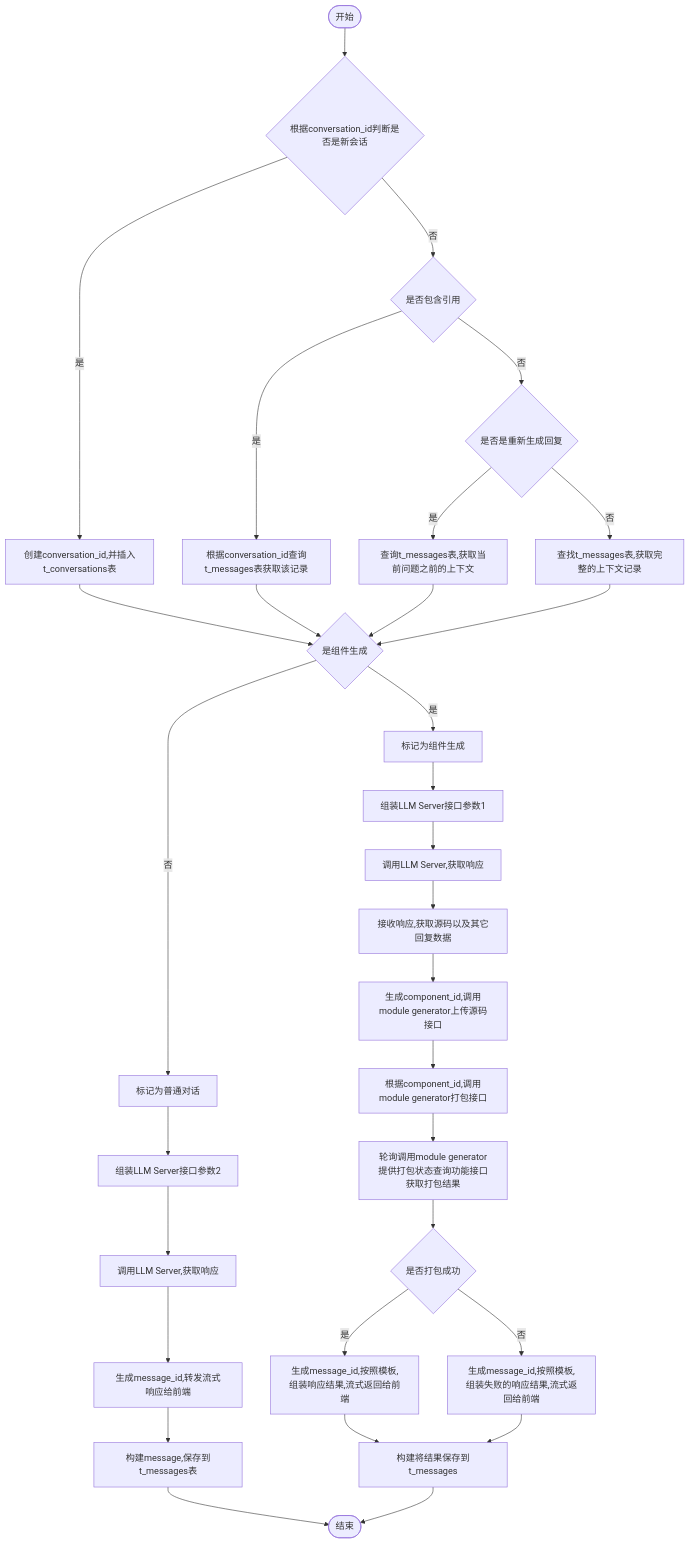
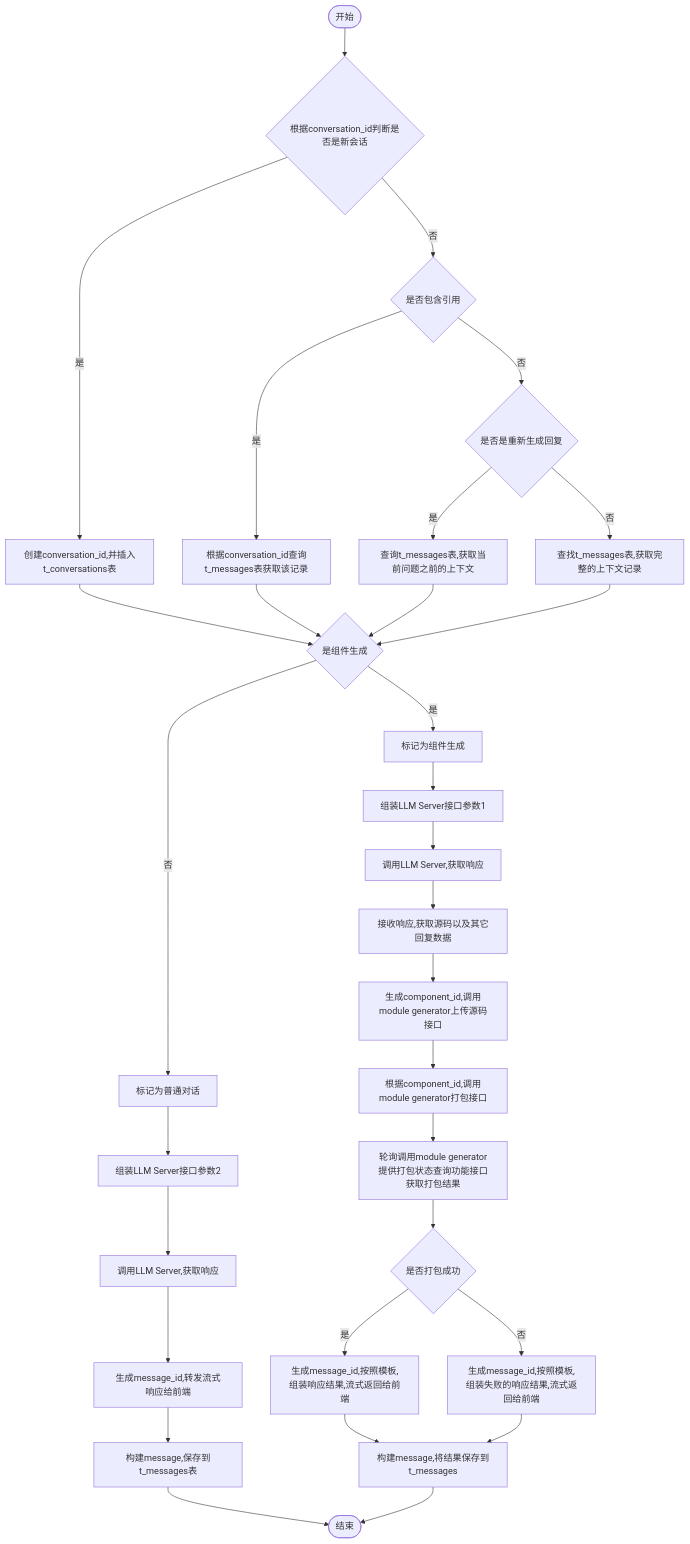
The diagram in all/未命名-7.md (yingjianzh/iodraw-files), drawn with Mermaid before and after one commit.

Commit message:
2024-10-12 14:42:57 update

````diff
--- a/all/未命名-7.md
+++ b/all/未命名-7.md
@@ -1,36 +1,36 @@
 ```mermaid
 flowchart TD
     A([开始]) --> B{根据conversation_id判断是否是新会话}
     B -- 是 --> C[创建conversation_id,并插入t_conversations表]
     B -- 否 --> D{是否包含引用}
     D -- 是 --> E[根据conversation_id查询t_messages表获取该记录]
     D -- 否 --> F{是否是重新生成回复}
     F -- 是 --> G[查询t_messages表,获取当前问题之前的上下文]
     F -- 否 --> H[查找t_messages表,获取完整的上下文记录]
      
     C & E & G & H --> I{是组件生成}
     I -- 是 --> J[标记为组件生成]
     I -- 否 --> K[标记为普通对话]
 
     J --> L[组装LLM Server接口参数1]    
     K --> M[组装LLM Server接口参数2]    
     M --> N[调用LLM Server,获取响应]    
     N --> O[生成message_id,转发流式响应给前端]
     O --> P[构建message,保存到t_messages表]
     P --> R([结束])
 
 
     L --> S[调用LLM Server,获取响应]
     S --> T[接收响应,获取源码以及其它回复数据]
     T --> U[生成component_id,调用module generator上传源码接口]
     U --> V[根据component_id,调用module generator打包接口]
     V --> W[轮询调用module generator提供打包状态查询功能接口获取打包结果]
     W --> X{是否打包成功}
     X -- 是 --> Y[生成message_id,按照模板,组装响应结果,流式返回给前端]
     X -- 否 --> Z[生成message_id,按照模板,组装失败的响应结果,流式返回给前端]
 
-    Y & Z --> Result[构建将结果保存到t_messages]
+    Y & Z --> Result[构建message,将结果保存到t_messages]
     Result --> R
 
 
 ```
````
